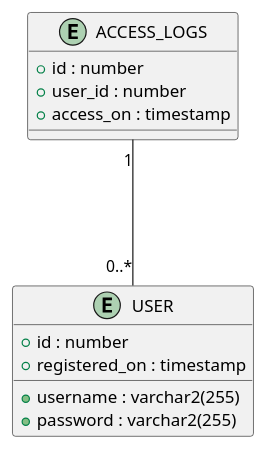
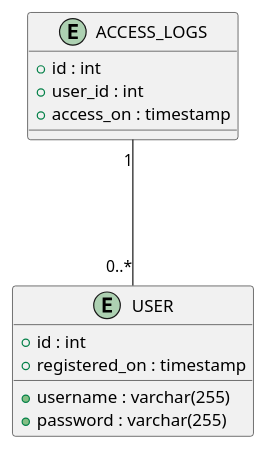
The diagram in register-system-design/db.plantuml (gcoppola8/RegisterSystem), drawn with PlantUML before and after one commit.

Commit message:
changed db tables

```diff
--- a/register-system-design/db.plantuml
+++ b/register-system-design/db.plantuml
@@ -1,18 +1,18 @@
 @startuml
 
 Entity USER {
-    + id : number
-    + username : varchar2(255)
-    + password : varchar2(255)
+    + id : int
+    + username : varchar(255)
+    + password : varchar(255)
     + registered_on : timestamp
 }
 
 Entity ACCESS_LOGS {
-    + id : number
-    + user_id : number
+    + id : int
+    + user_id : int
     + access_on : timestamp
 }
 
 ACCESS_LOGS "1" --- "0..*"  USER
 
 @enduml
```
